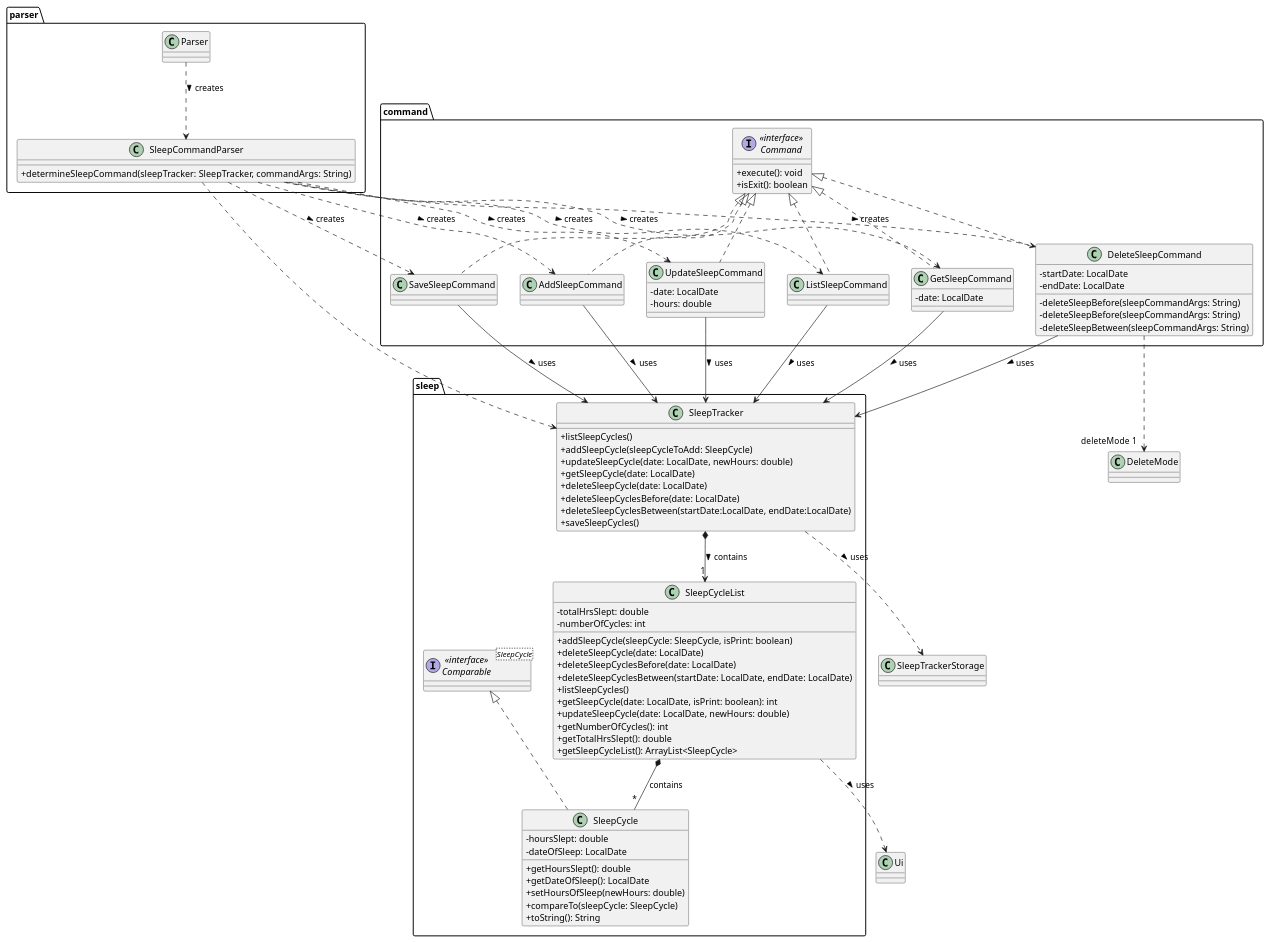
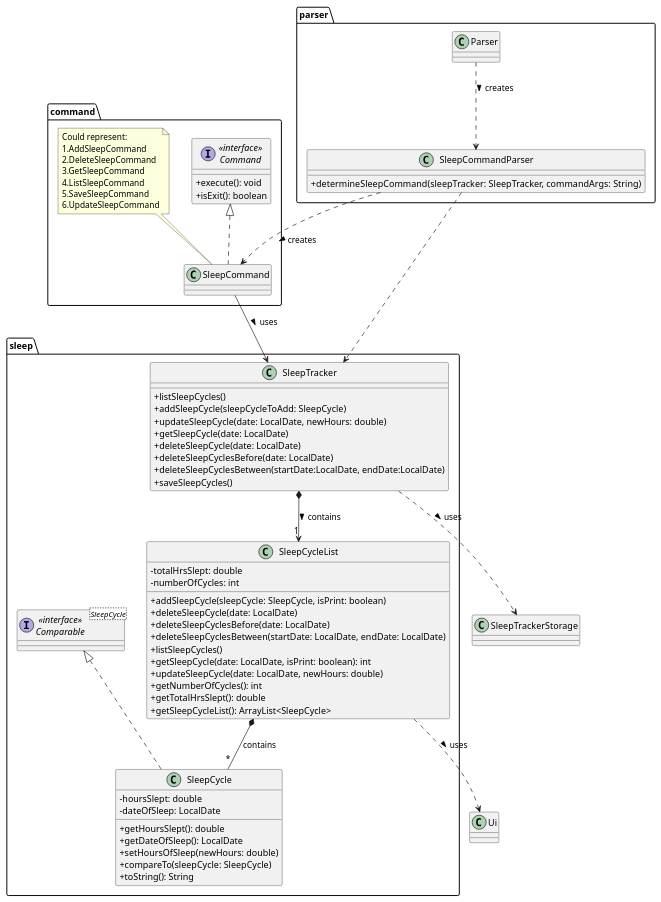
Before and after one commit to AY2324S2-CS2113-T11-1/tp: the diagram in docs/diagrams/sleep/Sleep.puml, drawn with PlantUML. The commit also changed 4 other files, not shown here.

Commit message:
Add minor changes to guides for SleepTracker

```diff
--- a/docs/diagrams/sleep/Sleep.puml
+++ b/docs/diagrams/sleep/Sleep.puml
@@ -1,126 +1,94 @@
 @startuml
 'https://plantuml.com/sequence-diagram
 
 skinparam classAttributeIconSize 0
 
 package parser {
     class SleepCommandParser {
 
     +determineSleepCommand(sleepTracker: SleepTracker, commandArgs: String)
     }
 
     class Parser {
     }
 }
 
 package command {
     interface "<<interface>>\nCommand" as Command {
                 + execute(): void
                 + isExit(): boolean
     }
 
-    class AddSleepCommand implements Command {
+    class SleepCommand implements Command {
     }
+    note top of SleepCommand: Could represent: \n1.AddSleepCommand \n2.DeleteSleepCommand \n3.GetSleepCommand \n4.ListSleepCommand \n5.SaveSleepCommand \n6.UpdateSleepCommand
 
-    class DeleteSleepCommand implements Command {
-        - startDate: LocalDate
-        - endDate: LocalDate
 
-        - deleteSleepBefore(sleepCommandArgs: String)
-        - deleteSleepBefore(sleepCommandArgs: String)
-        - deleteSleepBetween(sleepCommandArgs: String)
-    }
-
-    class GetSleepCommand implements Command {
-        -  date: LocalDate
-    }
-
-    class ListSleepCommand implements Command {
-    }
-
-    class SaveSleepCommand implements Command {
-    }
-
-    class UpdateSleepCommand implements Command {
-        - date: LocalDate
-        - hours: double
-    }
 }
 
 package sleep {
     interface "<<interface>>\nComparable" as Comparable<SleepCycle> {
     }
 
     class SleepCycle implements Comparable {
         - hoursSlept: double
         - dateOfSleep: LocalDate
 
         + getHoursSlept(): double
         + getDateOfSleep(): LocalDate
         + setHoursOfSleep(newHours: double)
         + compareTo(sleepCycle: SleepCycle)
         +toString(): String
     }
 
     class SleepCycleList {
         - totalHrsSlept: double
         - numberOfCycles: int
 
         +addSleepCycle(sleepCycle: SleepCycle, isPrint: boolean)
         +deleteSleepCycle(date: LocalDate)
         +deleteSleepCyclesBefore(date: LocalDate)
         +deleteSleepCyclesBetween(startDate: LocalDate, endDate: LocalDate)
         +listSleepCycles()
         +getSleepCycle(date: LocalDate, isPrint: boolean): int
         +updateSleepCycle(date: LocalDate, newHours: double)
         +getNumberOfCycles(): int
         +getTotalHrsSlept(): double
         +getSleepCycleList(): ArrayList<SleepCycle>
 
     }
 
     class SleepTracker {
         +listSleepCycles()
         +addSleepCycle(sleepCycleToAdd: SleepCycle)
         +updateSleepCycle(date: LocalDate, newHours: double)
         +getSleepCycle(date: LocalDate)
         +deleteSleepCycle(date: LocalDate)
         +deleteSleepCyclesBefore(date: LocalDate)
         +deleteSleepCyclesBetween(startDate:LocalDate, endDate:LocalDate)
         +saveSleepCycles()
     }
 }
 
 
 class SleepTrackerStorage {
 }
 
 class Ui {
 }
 
 Parser ..> SleepCommandParser: creates >
 
-SleepCommandParser .DOWN.> AddSleepCommand : creates >
-SleepCommandParser .DOWN.> DeleteSleepCommand : creates >
-SleepCommandParser .DOWN.> ListSleepCommand : creates >
-SleepCommandParser .DOWN.> SaveSleepCommand : creates >
-SleepCommandParser .DOWN.> UpdateSleepCommand : creates >
-SleepCommandParser .DOWN.> GetSleepCommand : creates >
+SleepCommandParser .DOWN.> SleepCommand : creates >
 SleepCommandParser ..> SleepTracker
 
-AddSleepCommand --> SleepTracker : uses >
-DeleteSleepCommand --> SleepTracker : uses >
-DeleteSleepCommand ..> "deleteMode  1" DeleteMode
-GetSleepCommand --> SleepTracker : uses >
-ListSleepCommand --> SleepTracker : uses >
-SaveSleepCommand --> SleepTracker : uses >
-UpdateSleepCommand --> SleepTracker : uses >
+SleepCommand --> SleepTracker : uses >
 
 
 SleepCycleList ..> Ui : uses >
 SleepTracker *--> "1" SleepCycleList: contains >
 SleepTracker ..> SleepTrackerStorage : uses >
 
 SleepCycleList *-- "*" SleepCycle : contains
 
 @enduml
```
